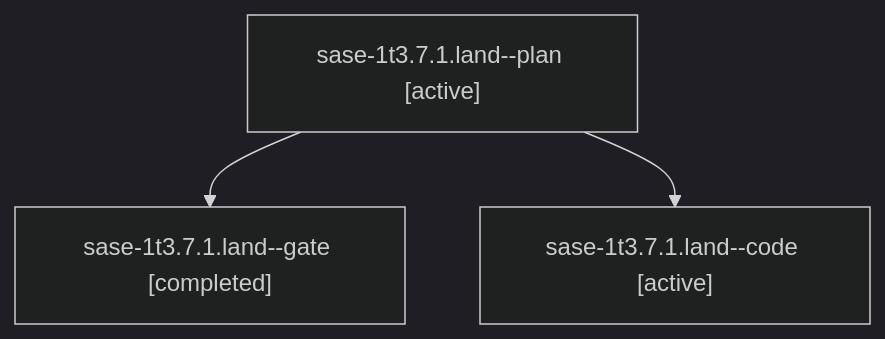
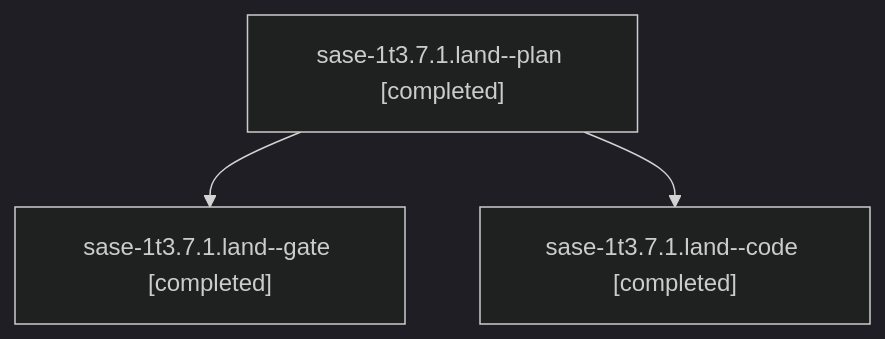
One commit to sase-org/sase--agents changed the diagram in sessions/bbugyi200.athena.sase-1t3.7.1.land.md. Above: the diagram before and after it, drawn with Mermaid (dark theme). The commit also changed other lines of this file and 112 other files, not shown here.

````diff
--- a/sessions/bbugyi200.athena.sase-1t3.7.1.land.md
+++ b/sessions/bbugyi200.athena.sase-1t3.7.1.land.md
@@ -9,8 +9,8 @@
 ```mermaid
 flowchart TD
-  n0["sase-1t3.7.1.land--plan [active]"]
+  n0["sase-1t3.7.1.land--plan [completed]"]
   n1["sase-1t3.7.1.land--gate [completed]"]
   n0 --> n1
-  n2["sase-1t3.7.1.land--code [active]"]
+  n2["sase-1t3.7.1.land--code [completed]"]
   n0 --> n2
 ```
````
